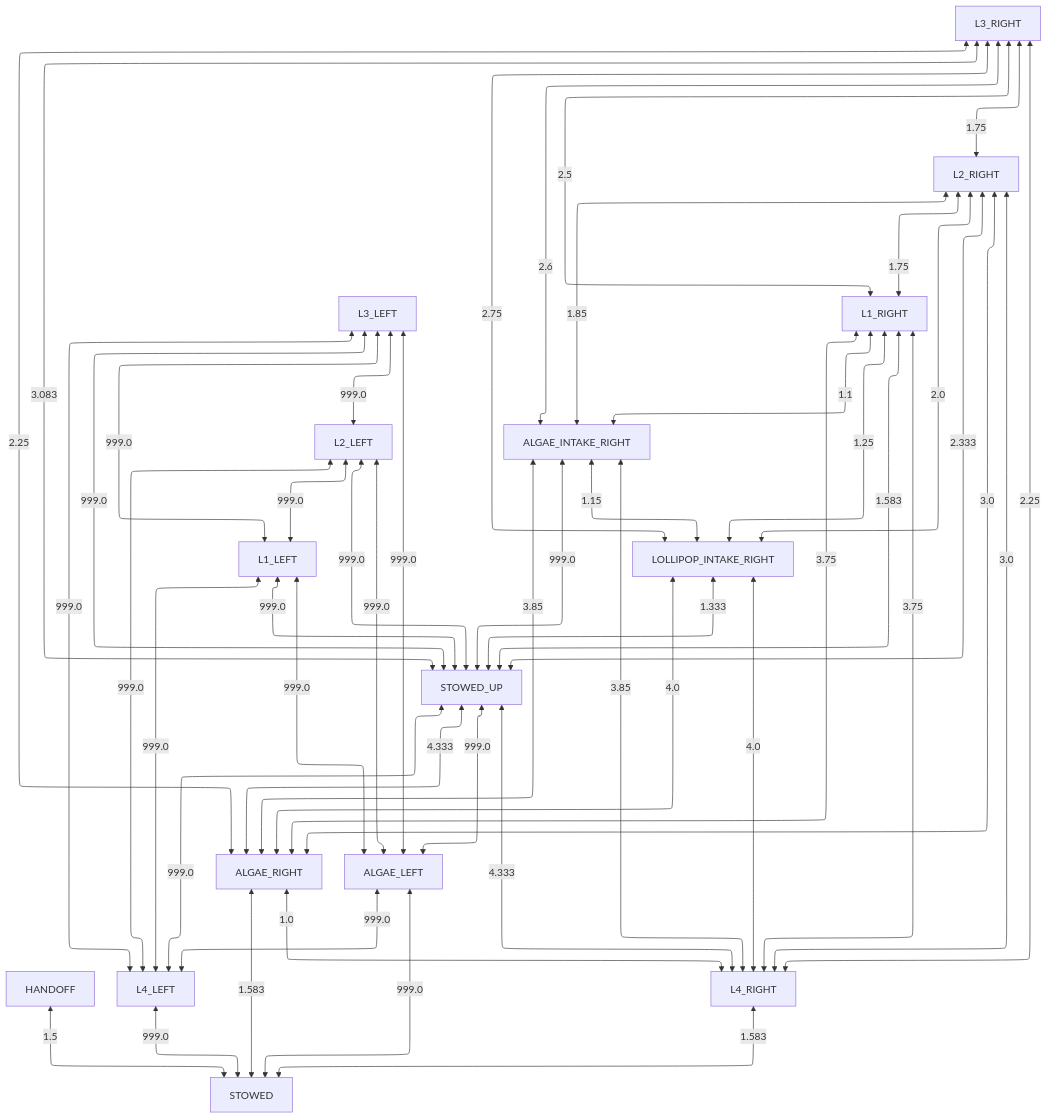
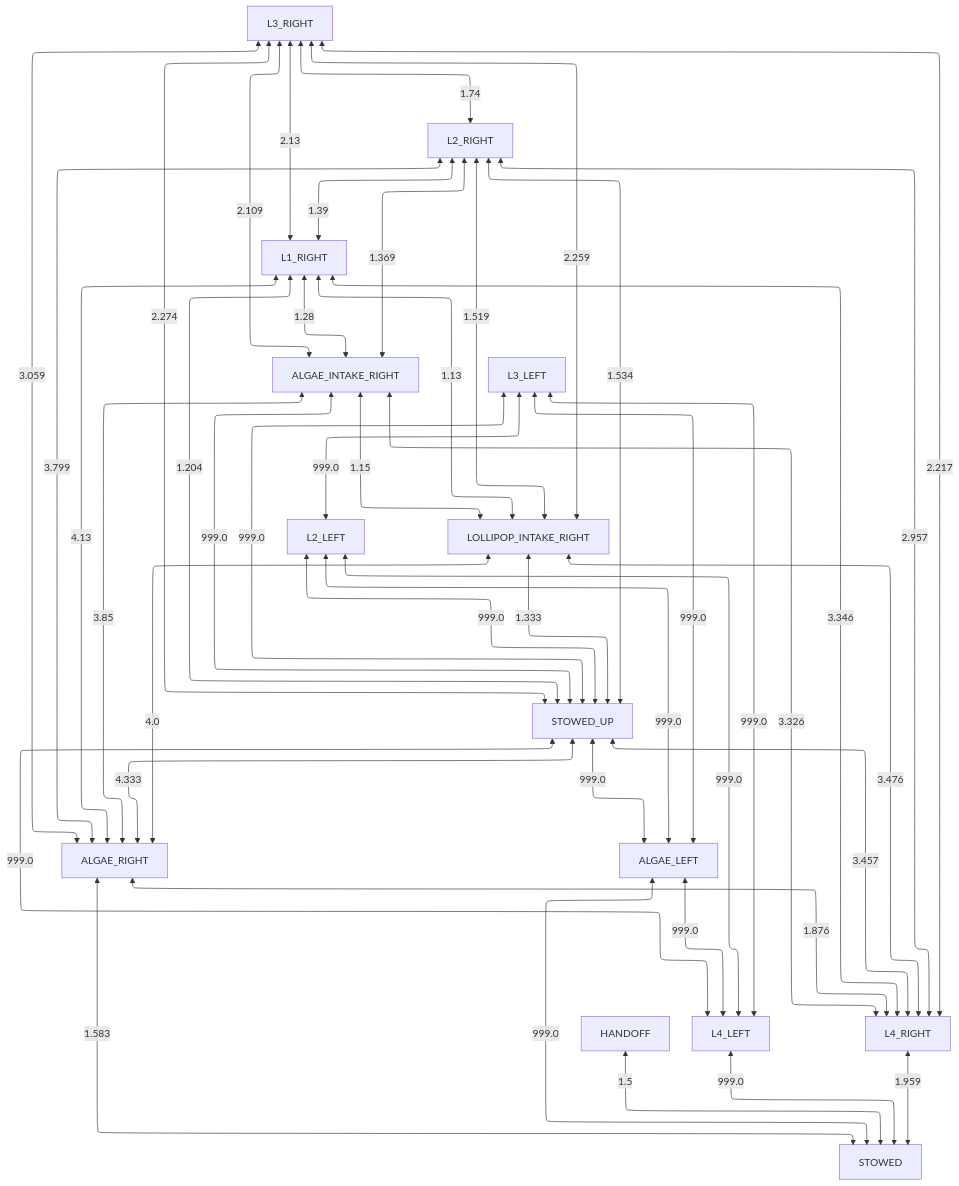
Before and after one commit to team581/offseason-2025-comp: the diagram in docs/collision_avoidance/left_obstructed.md, drawn with Mermaid. The commit also changed 9 other files, not shown here.

````diff
--- a/docs/collision_avoidance/left_obstructed.md
+++ b/docs/collision_avoidance/left_obstructed.md
@@ -3,53 +3,48 @@
 ```mermaid
 %%{ init: { "flowchart": { "defaultRenderer": "elk" } } }%%
 graph TD
 
 HANDOFF <-- 1.5 --> STOWED
 L4_LEFT <-- 999.0 --> STOWED
-L4_RIGHT <-- 1.583 --> STOWED
+L4_RIGHT <-- 1.959 --> STOWED
 ALGAE_RIGHT <-- 1.583 --> STOWED
 ALGAE_LEFT <-- 999.0 --> STOWED
 STOWED_UP <-- 999.0 --> L4_LEFT
-L1_LEFT <-- 999.0 --> L4_LEFT
 L2_LEFT <-- 999.0 --> L4_LEFT
 L3_LEFT <-- 999.0 --> L4_LEFT
 ALGAE_LEFT <-- 999.0 --> L4_LEFT
-STOWED_UP <-- 4.333 --> L4_RIGHT
-ALGAE_INTAKE_RIGHT <-- 3.85 --> L4_RIGHT
-LOLLIPOP_INTAKE_RIGHT <-- 4.0 --> L4_RIGHT
-L1_RIGHT <-- 3.75 --> L4_RIGHT
-L2_RIGHT <-- 3.0 --> L4_RIGHT
-L3_RIGHT <-- 2.25 --> L4_RIGHT
-ALGAE_RIGHT <-- 1.0 --> L4_RIGHT
+STOWED_UP <-- 3.457 --> L4_RIGHT
+ALGAE_INTAKE_RIGHT <-- 3.326 --> L4_RIGHT
+LOLLIPOP_INTAKE_RIGHT <-- 3.476 --> L4_RIGHT
+L1_RIGHT <-- 3.346 --> L4_RIGHT
+L2_RIGHT <-- 2.957 --> L4_RIGHT
+L3_RIGHT <-- 2.217 --> L4_RIGHT
+ALGAE_RIGHT <-- 1.876 --> L4_RIGHT
 STOWED_UP <-- 4.333 --> ALGAE_RIGHT
 ALGAE_INTAKE_RIGHT <-- 3.85 --> ALGAE_RIGHT
 LOLLIPOP_INTAKE_RIGHT <-- 4.0 --> ALGAE_RIGHT
-L1_RIGHT <-- 3.75 --> ALGAE_RIGHT
-L2_RIGHT <-- 3.0 --> ALGAE_RIGHT
-L3_RIGHT <-- 2.25 --> ALGAE_RIGHT
+L1_RIGHT <-- 4.13 --> ALGAE_RIGHT
+L2_RIGHT <-- 3.799 --> ALGAE_RIGHT
+L3_RIGHT <-- 3.059 --> ALGAE_RIGHT
 STOWED_UP <-- 999.0 --> ALGAE_LEFT
-L1_LEFT <-- 999.0 --> ALGAE_LEFT
 L2_LEFT <-- 999.0 --> ALGAE_LEFT
 L3_LEFT <-- 999.0 --> ALGAE_LEFT
 LOLLIPOP_INTAKE_RIGHT <-- 1.333 --> STOWED_UP
 ALGAE_INTAKE_RIGHT <-- 999.0 --> STOWED_UP
-L1_LEFT <-- 999.0 --> STOWED_UP
 L2_LEFT <-- 999.0 --> STOWED_UP
 L3_LEFT <-- 999.0 --> STOWED_UP
-L1_RIGHT <-- 1.583 --> STOWED_UP
-L2_RIGHT <-- 2.333 --> STOWED_UP
-L3_RIGHT <-- 3.083 --> STOWED_UP
+L1_RIGHT <-- 1.204 --> STOWED_UP
+L2_RIGHT <-- 1.534 --> STOWED_UP
+L3_RIGHT <-- 2.274 --> STOWED_UP
 ALGAE_INTAKE_RIGHT <-- 1.15 --> LOLLIPOP_INTAKE_RIGHT
-L1_RIGHT <-- 1.25 --> LOLLIPOP_INTAKE_RIGHT
-L2_RIGHT <-- 2.0 --> LOLLIPOP_INTAKE_RIGHT
-L3_RIGHT <-- 2.75 --> LOLLIPOP_INTAKE_RIGHT
-L1_RIGHT <-- 1.1 --> ALGAE_INTAKE_RIGHT
-L2_RIGHT <-- 1.85 --> ALGAE_INTAKE_RIGHT
-L3_RIGHT <-- 2.6 --> ALGAE_INTAKE_RIGHT
-L2_LEFT <-- 999.0 --> L1_LEFT
-L3_LEFT <-- 999.0 --> L1_LEFT
+L1_RIGHT <-- 1.13 --> LOLLIPOP_INTAKE_RIGHT
+L2_RIGHT <-- 1.519 --> LOLLIPOP_INTAKE_RIGHT
+L3_RIGHT <-- 2.259 --> LOLLIPOP_INTAKE_RIGHT
+L1_RIGHT <-- 1.28 --> ALGAE_INTAKE_RIGHT
+L2_RIGHT <-- 1.369 --> ALGAE_INTAKE_RIGHT
+L3_RIGHT <-- 2.109 --> ALGAE_INTAKE_RIGHT
 L3_LEFT <-- 999.0 --> L2_LEFT
-L2_RIGHT <-- 1.75 --> L1_RIGHT
-L3_RIGHT <-- 2.5 --> L1_RIGHT
-L3_RIGHT <-- 1.75 --> L2_RIGHT
+L2_RIGHT <-- 1.39 --> L1_RIGHT
+L3_RIGHT <-- 2.13 --> L1_RIGHT
+L3_RIGHT <-- 1.74 --> L2_RIGHT
 ```
````
